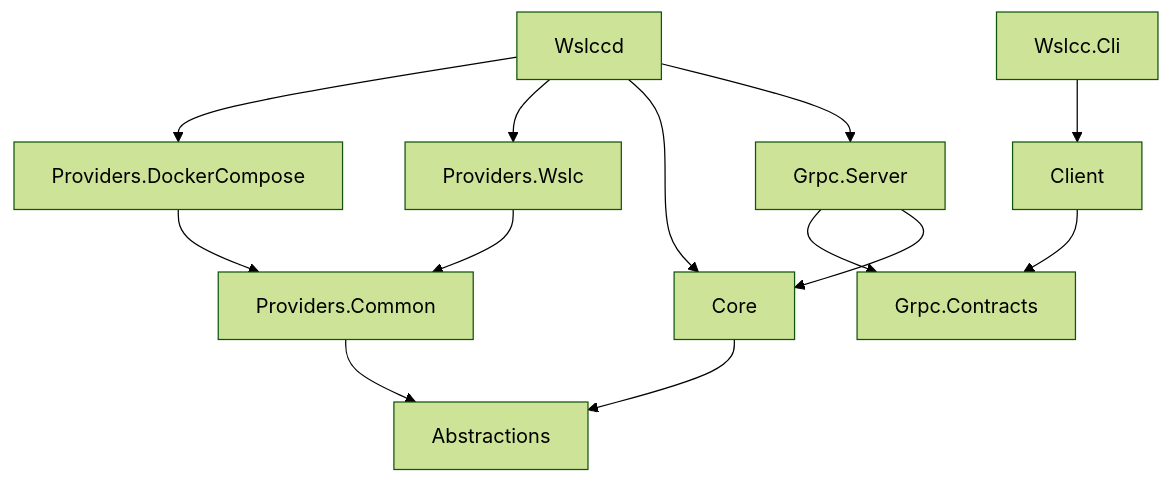
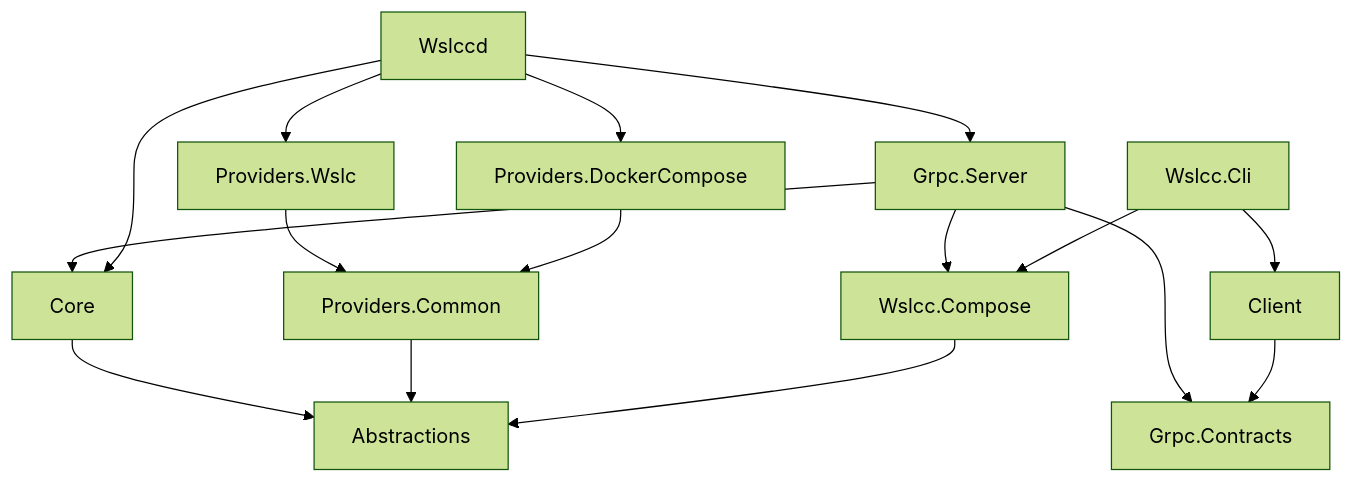
The first of 2 diagrams in docs/architecture.md (arepetti/wslcc), drawn with Mermaid (forest theme) before and after one commit. The commit also changed other lines of this file and 41 other files, not shown here.

````diff
--- a/docs/architecture.md
+++ b/docs/architecture.md
@@ -25,17 +26,20 @@
 ```mermaid
 graph TD
   Abstractions
   Core --> Abstractions
   ProvidersCommon[Providers.Common] --> Abstractions
   ProvidersWslc[Providers.Wslc] --> ProvidersCommon
   ProvidersDocker[Providers.DockerCompose] --> ProvidersCommon
   Contracts[Grpc.Contracts]
+  Compose[Wslcc.Compose] --> Abstractions
   Server[Grpc.Server] --> Core
+  Server --> Compose
   Server --> Contracts
   Client --> Contracts
   Daemon[Wslccd] --> Server
   Daemon --> Core
   Daemon --> ProvidersWslc
   Daemon --> ProvidersDocker
   Cli[Wslcc.Cli] --> Client
+  Cli --> Compose
 ```
````
